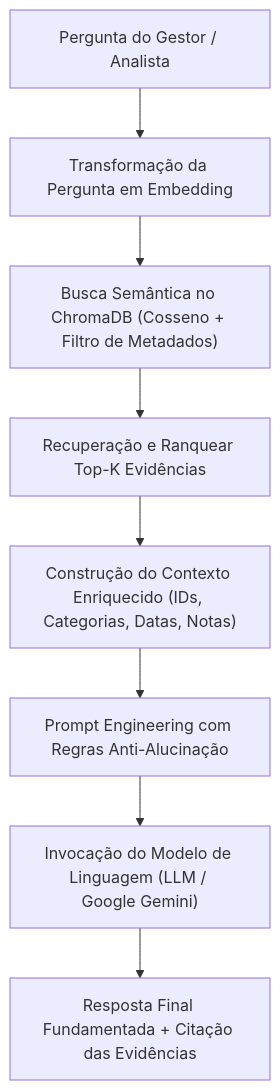
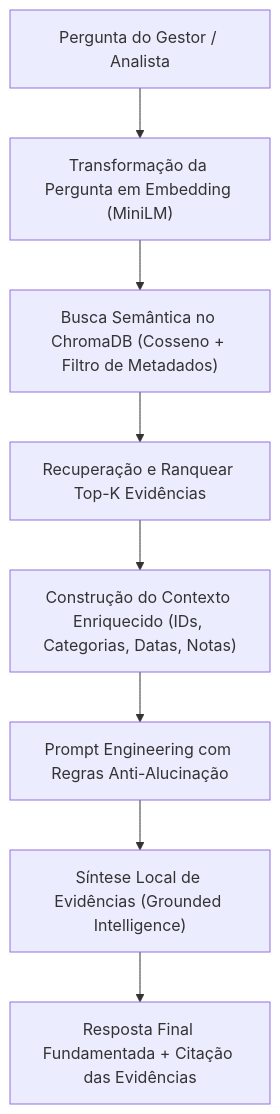
Before and after one commit to ViniciusTMiura/1AIST_projects: the diagram in tech-challenge-04/tech-challenge-fase4/README.md, drawn with Mermaid. The commit also changed other lines of this file and 3 other files, not shown here.

````diff
--- a/tech-challenge-04/tech-challenge-fase4/README.md
+++ b/tech-challenge-04/tech-challenge-fase4/README.md
@@ -19,10 +22,10 @@
 ```mermaid
 flowchart TD
-    A["Pergunta do Gestor / Analista"] --> B["Transformação da Pergunta em Embedding"]
+    A["Pergunta do Gestor / Analista"] --> B["Transformação da Pergunta em Embedding (MiniLM)"]
     B --> C["Busca Semântica no ChromaDB (Cosseno + Filtro de Metadados)"]
     C --> D["Recuperação e Ranquear Top-K Evidências"]
     D --> E["Construção do Contexto Enriquecido (IDs, Categorias, Datas, Notas)"]
     E --> F["Prompt Engineering com Regras Anti-Alucinação"]
-    F --> G["Invocação do Modelo de Linguagem (LLM / Google Gemini)"]
+    F --> G["Síntese Local de Evidências (Grounded Intelligence)"]
     G --> H["Resposta Final Fundamentada + Citação das Evidências"]
 ```
````
